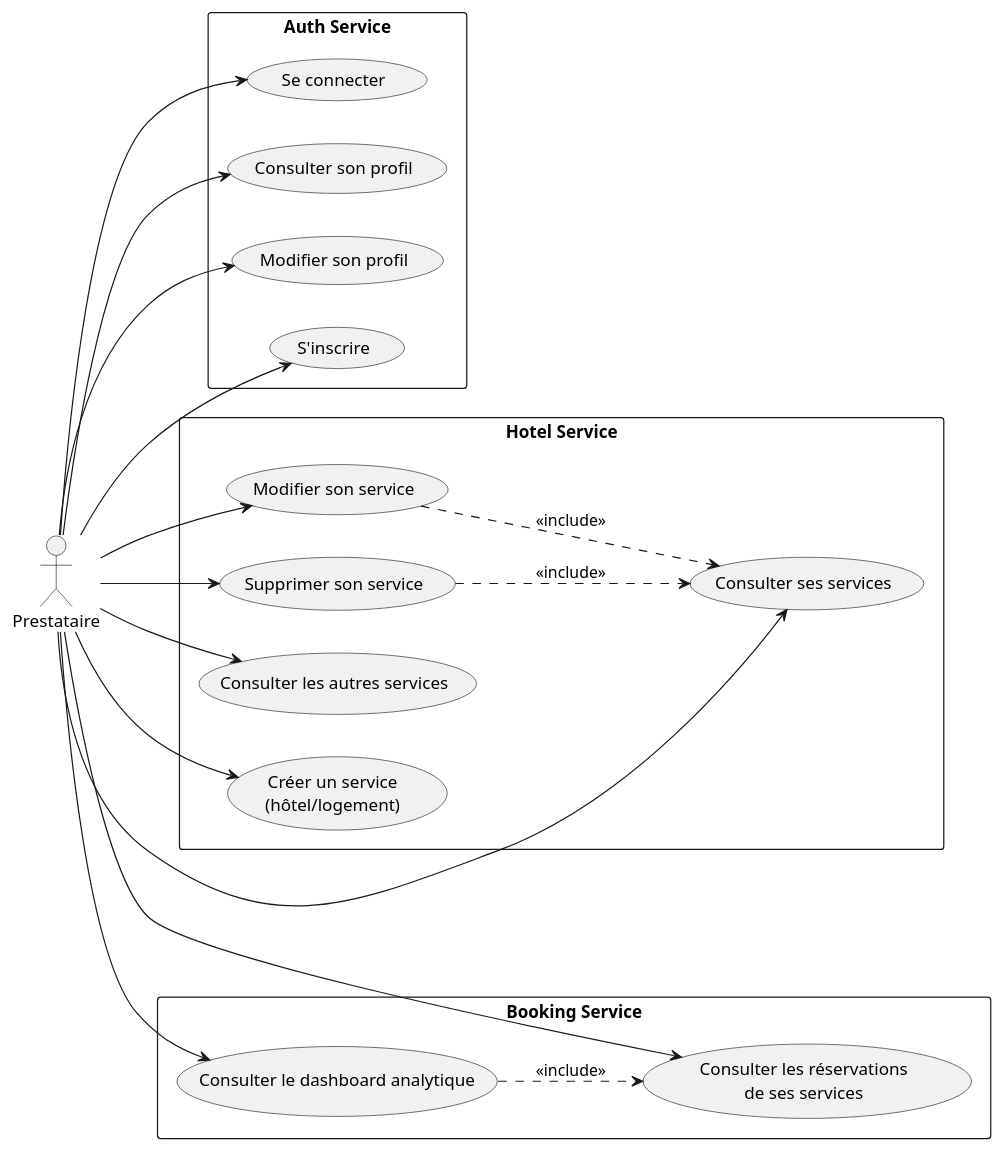
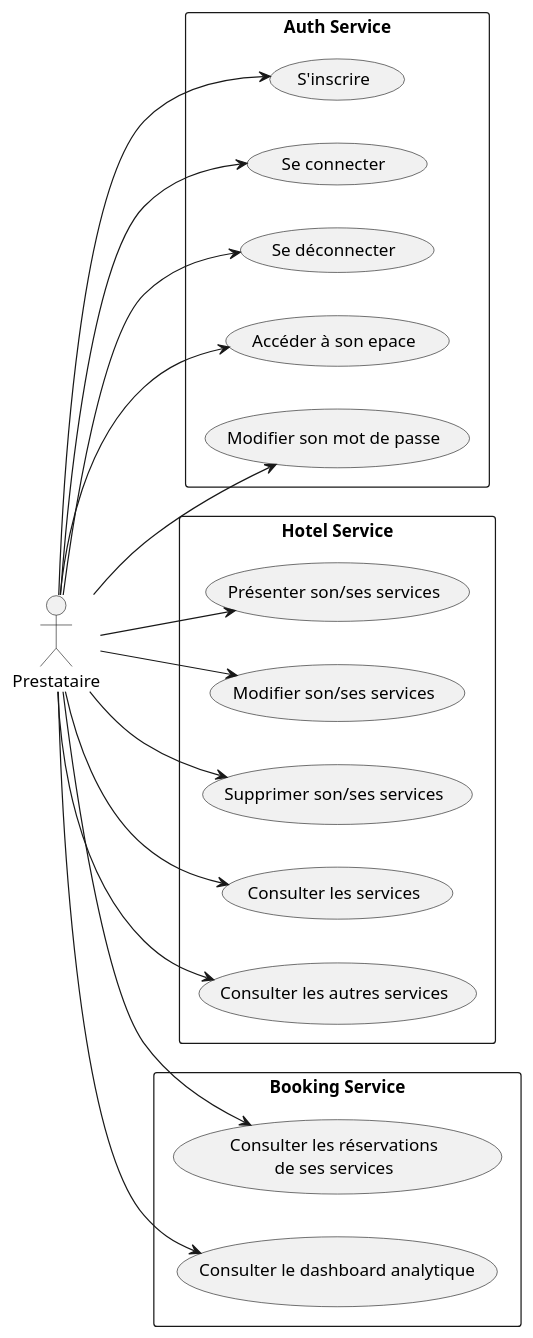
One commit to reda-alilouch/Reservation-services changed the diagram in diagrams/useCase/prestataire.puml. Above: the diagram before and after it, drawn with PlantUML. The commit also changed 6 other files, not shown here.

Commit message:
feat: Update class and use case diagrams, enhance Hotel and HotelImage entities with new attributes

```diff
--- a/diagrams/useCase/prestataire.puml
+++ b/diagrams/useCase/prestataire.puml
@@ -1,43 +1,41 @@
 @startuml UseCase_Acteur_Prestataire
 left to right direction
 skinparam packageStyle rectangle
 
 actor "Prestataire" as Presta
 
 package "Auth Service" {
   usecase "S'inscrire" as UC1
   usecase "Se connecter" as UC2
-  usecase "Consulter son profil" as UC3
-  usecase "Modifier son profil" as UC4
+  usecase "Se déconnecter" as UC12
+  usecase "Accéder à son epace" as UC3
+  usecase "Modifier son mot de passe" as UC4
 }
 
 package "Hotel Service" {
-  usecase "Créer un service\n(hôtel/logement)" as UC5
-  usecase "Modifier son service" as UC6
-  usecase "Supprimer son service" as UC7
-  usecase "Consulter ses services" as UC8
+  usecase "Présenter son/ses services" as UC5
+  usecase "Modifier son/ses services" as UC6
+  usecase "Supprimer son/ses services" as UC7
+  usecase "Consulter les services" as UC8
   usecase "Consulter les autres services" as UC9
 }
 
 package "Booking Service" {
   usecase "Consulter les réservations\nde ses services" as UC10
   usecase "Consulter le dashboard analytique" as UC11
 }
 
 Presta --> UC1
 Presta --> UC2
 Presta --> UC3
 Presta --> UC4
 Presta --> UC5
 Presta --> UC6
 Presta --> UC7
 Presta --> UC8
 Presta --> UC9
 Presta --> UC10
 Presta --> UC11
-
-UC6 ..> UC8 : <<include>>
-UC7 ..> UC8 : <<include>>
-UC11 ..> UC10 : <<include>>
+Presta --> UC12
 
 @enduml
```
